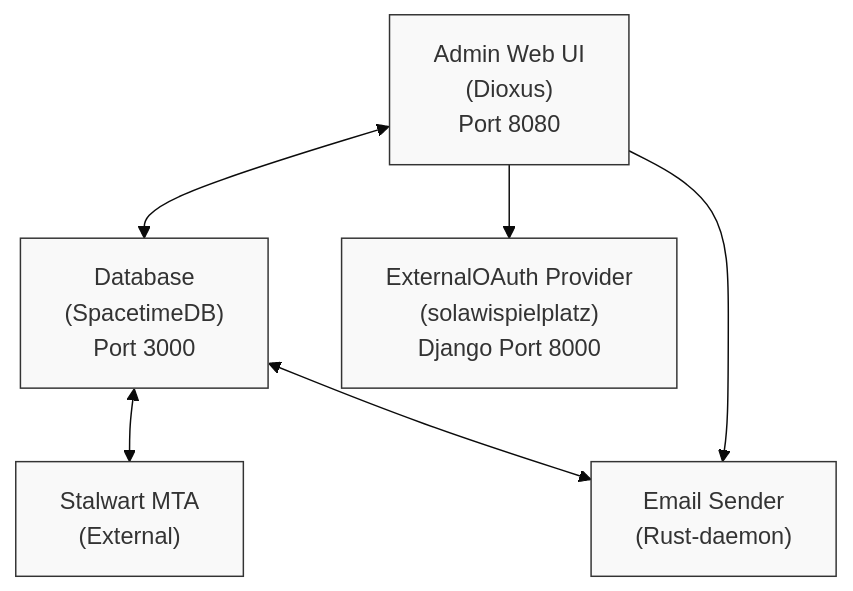
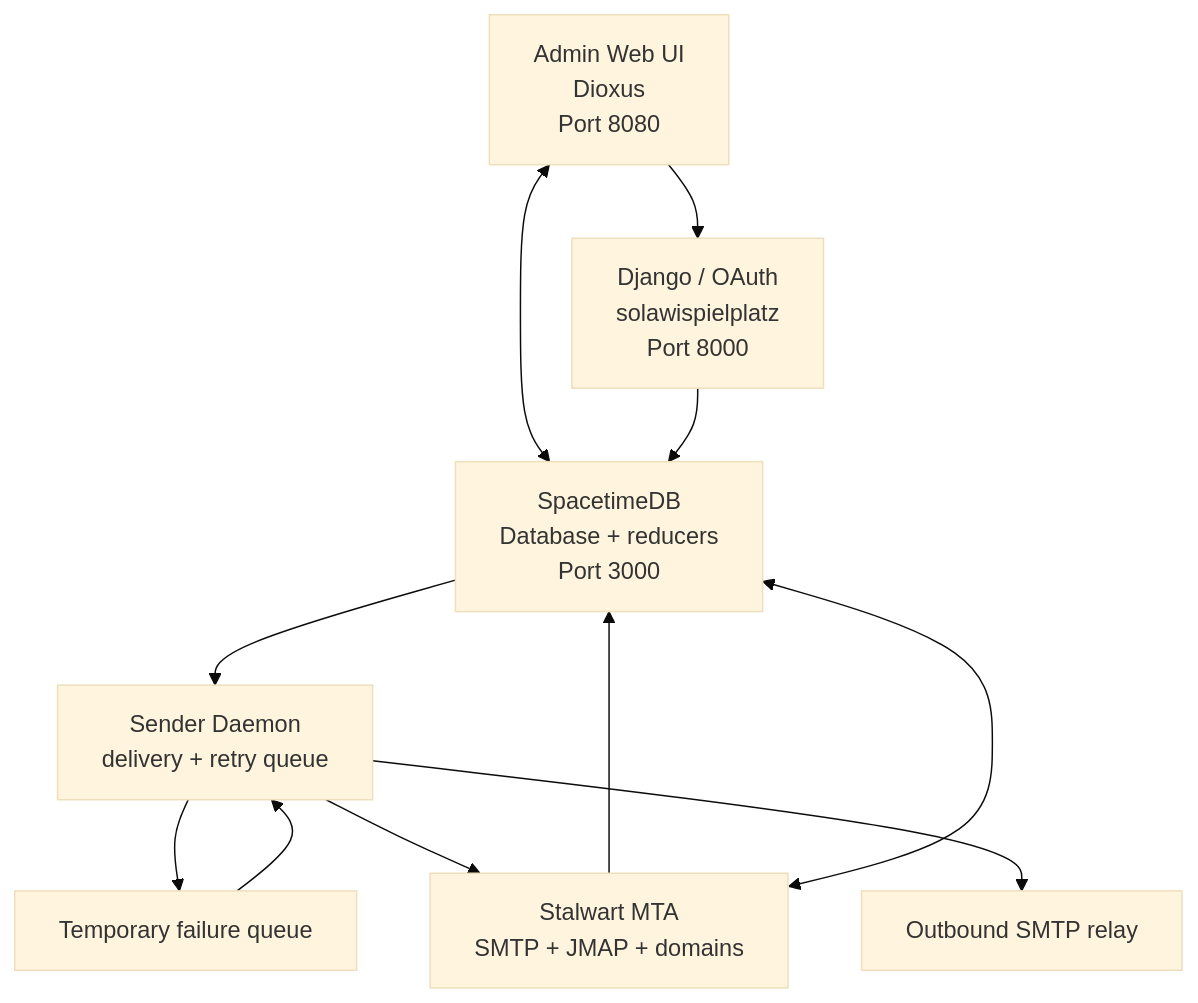
One commit to enaut/kommunikationszentrum changed the diagram in README.md. Above: the diagram before and after it, drawn with Mermaid (base theme). The commit also changed other lines of this file and 14 other files, not shown here.

Commit message:
Rework docs: add Sender daemon and retry pipeline

````diff
--- a/README.md
+++ b/README.md
@@ -37,20 +42,21 @@
 ```mermaid
 graph TD
-    %% Node Definitions
-    Admin["Admin Web UI<br>(Dioxus)<br>Port 8080"]
-    DB["Database<br>(SpacetimeDB)<br>Port 3000"]
-    OAuth["ExternalOAuth Provider<br>(solawispielplatz)<br>Django Port 8000"]
-    MTA["Stalwart MTA<br>(External)"]
-    Sender["Email Sender<br>(Rust-daemon)"]
+    Admin["Admin Web UI<br/>Dioxus<br/>Port 8080"]
+    DB["SpacetimeDB<br/>Database + reducers<br/>Port 3000"]
+    Django["Django / OAuth<br/>solawispielplatz<br/>Port 8000"]
+    Stalwart["Stalwart MTA<br/>SMTP + JMAP + domains"]
+    Sender["Sender Daemon<br/>delivery + retry queue"]
+    Queue["Temporary failure queue"]
+    Relay["Outbound SMTP relay"]
 
-    %% Connections
     Admin <--> DB
-    Admin --> OAuth
-    Admin --> Sender
-    DB <--> MTA
-    DB <--> Sender
-
-    %% Styling (Optional but keeps it clean and square)
-    classDef default fill:#f9f9f9,stroke:#333,stroke-width:1px;
-
+    Admin --> Django
+    Django --> DB
+    Stalwart --> DB
+    Stalwart <--> DB
+    DB --> Sender
+    Sender --> Queue
+    Queue --> Sender
+    Sender --> Stalwart
+    Sender --> Relay
 ```
````
